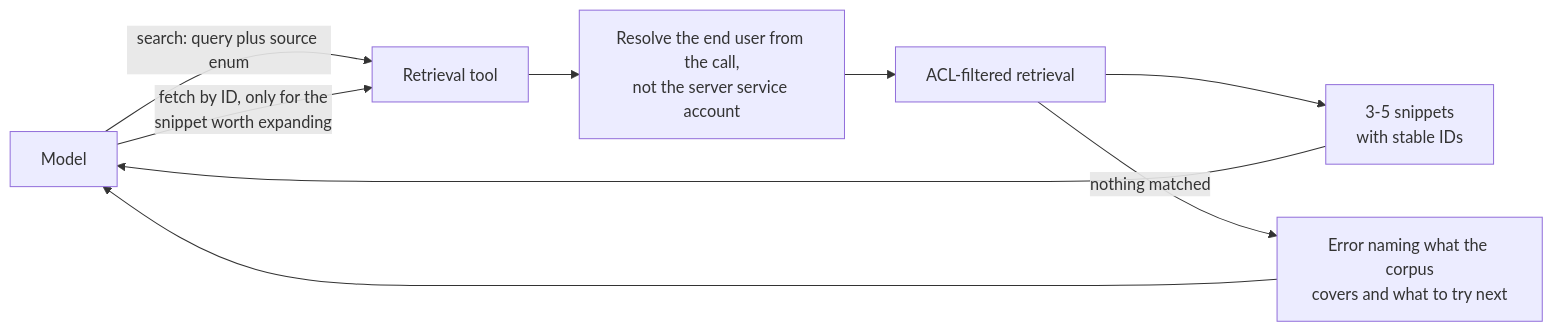
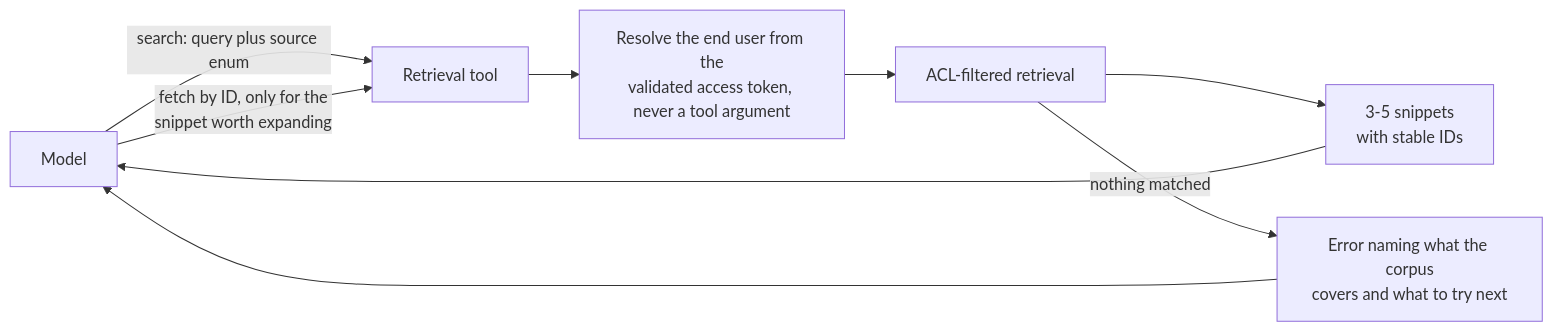
Before and after one commit to mmousom/AI-Engineer-Interview-Questions: diagram 28 of 30 in 04-rag-and-retrieval/questions.md, drawn with Mermaid. The commit also changed other lines of this file and 21 other files, not shown here.

````diff
--- a/04-rag-and-retrieval/questions.md
+++ b/04-rag-and-retrieval/questions.md
@@ -1478,11 +1536,11 @@
 ```mermaid
 flowchart LR
     M["Model"] -->|"search: query plus source enum"| T["Retrieval tool"]
-    T --> ID["Resolve the end user from the call,<br/>not the server service account"]
+    T --> ID["Resolve the end user from the<br/>validated access token, never a tool argument"]
     ID --> F["ACL-filtered retrieval"]
     F --> S["3-5 snippets<br/>with stable IDs"]
     S --> M
     M -->|"fetch by ID, only for the<br/>snippet worth expanding"| T
     F -->|"nothing matched"| E["Error naming what the corpus<br/>covers and what to try next"]
     E --> M
 ```
````
